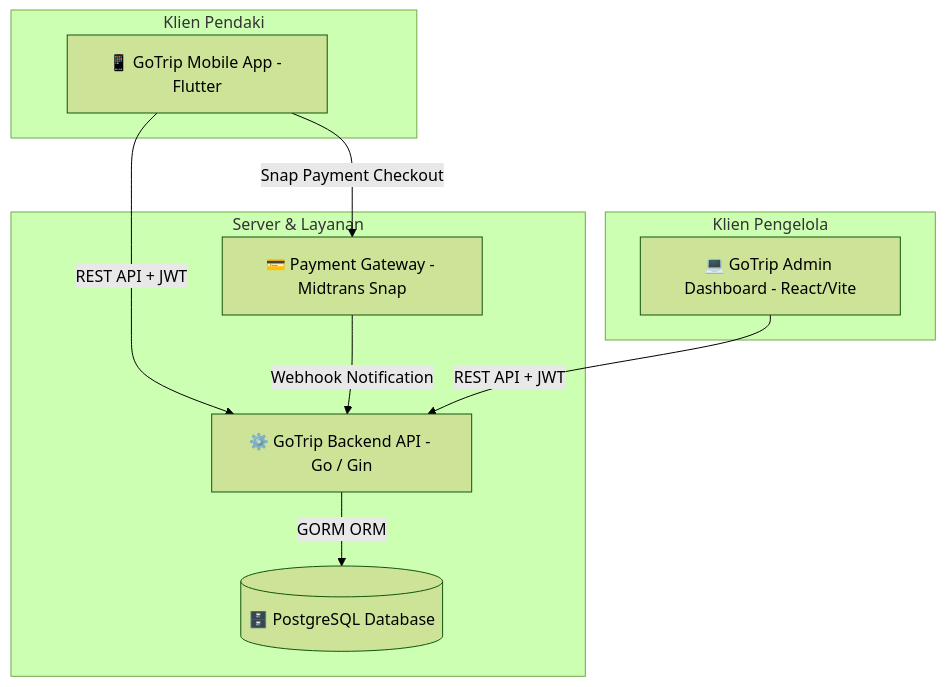
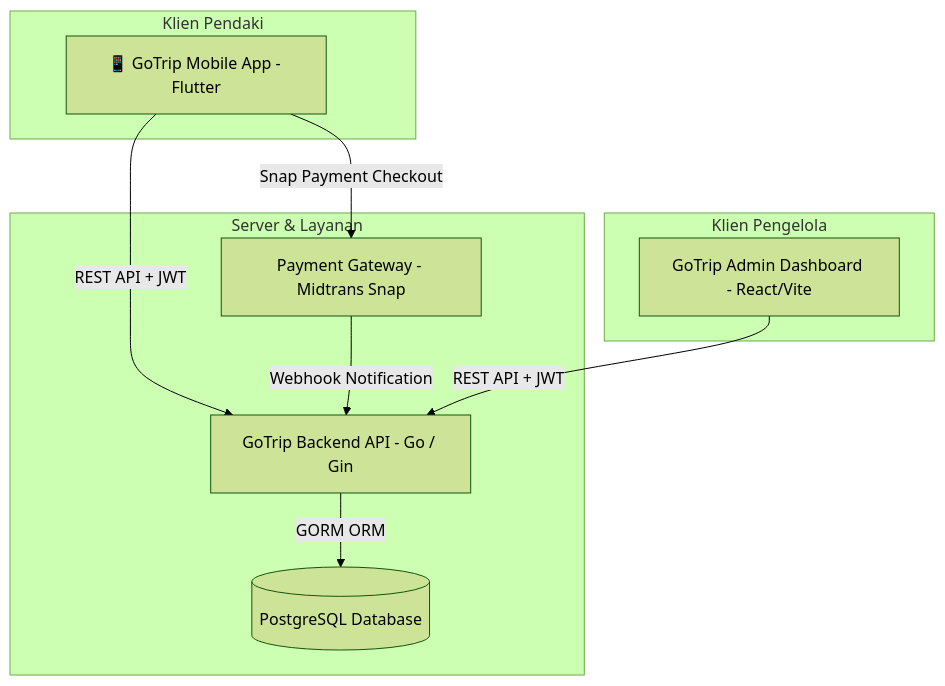
The diagram in README.md (muhammadmuslim03/aplikasi), drawn with Mermaid (forest theme) before and after one commit. The commit also changed other lines of this file, not shown here.

````diff
--- a/README.md
+++ b/README.md
@@ -53,22 +53,22 @@
 ```mermaid
 graph TD
     subgraph Klien Pendaki
         A[📱 GoTrip Mobile App - Flutter]
     end
 
     subgraph Klien Pengelola
-        B[💻 GoTrip Admin Dashboard - React/Vite]
+        B[GoTrip Admin Dashboard - React/Vite]
     end
 
     subgraph Server & Layanan
-        C[⚙️ GoTrip Backend API - Go / Gin]
-        D[(🗄️ PostgreSQL Database)]
-        E[💳 Payment Gateway - Midtrans Snap]
+        C[GoTrip Backend API - Go / Gin]
+        D[(PostgreSQL Database)]
+        E[Payment Gateway - Midtrans Snap]
     end
 
     A -->|REST API + JWT| C
     B -->|REST API + JWT| C
     C -->|GORM ORM| D
     A -->|Snap Payment Checkout| E
     E -->|Webhook Notification| C
 ```
````
